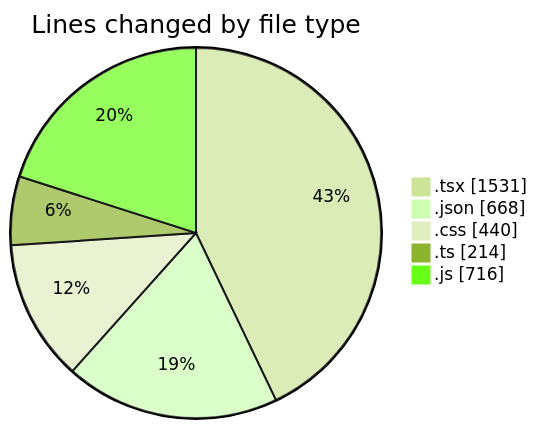
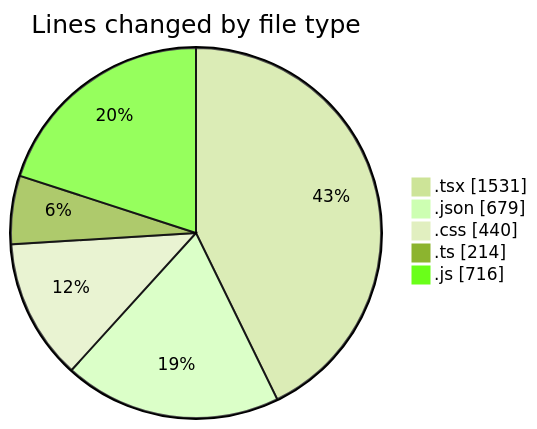
One commit to Elitesun/code-tracking changed the first of 2 diagrams in 2025-05-04/niten/README.md. Above: the diagram before and after it, drawn with Mermaid (forest theme). The commit also changed other lines of this file and 1 other file, not shown here.

````diff
--- a/2025-05-04/niten/README.md
+++ b/2025-05-04/niten/README.md
@@ -50,9 +50,9 @@
 ```mermaid
 pie showData
 title Lines changed by file type
 ".tsx" : 1531
-".json" : 668
+".json" : 679
 ".css" : 440
 ".ts" : 214
 ".js" : 716
 ```
````
